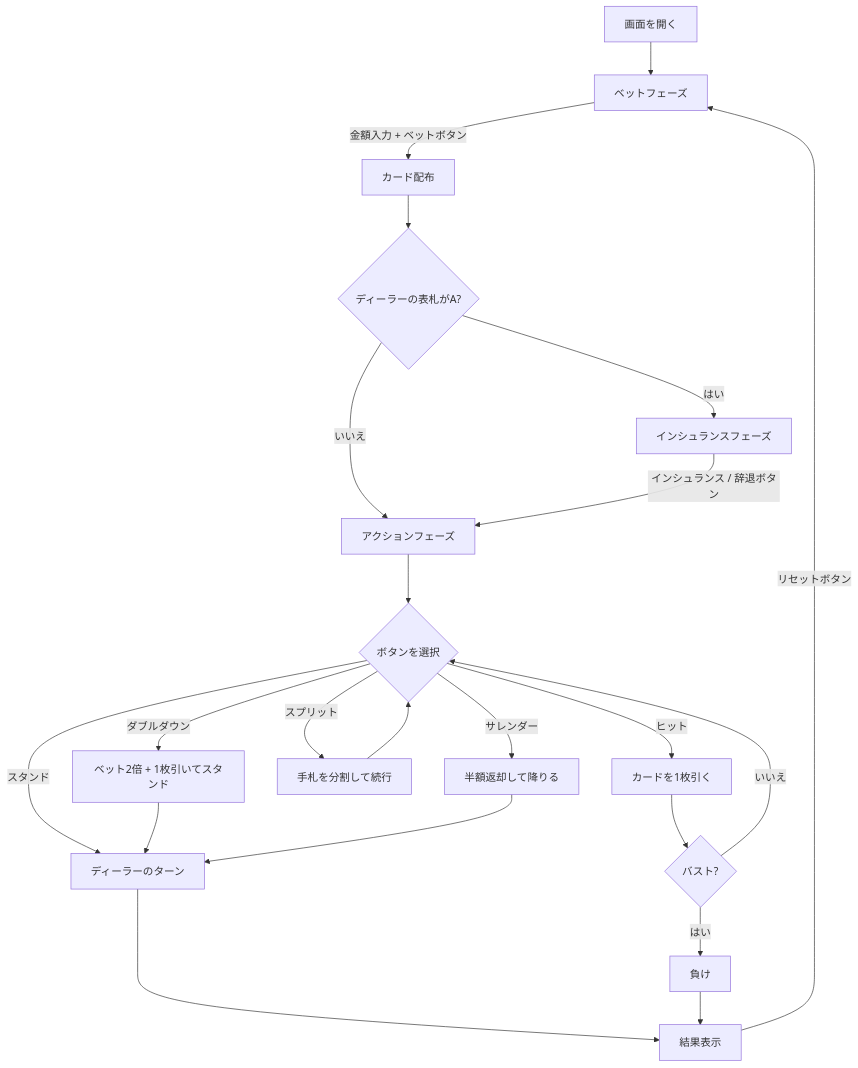
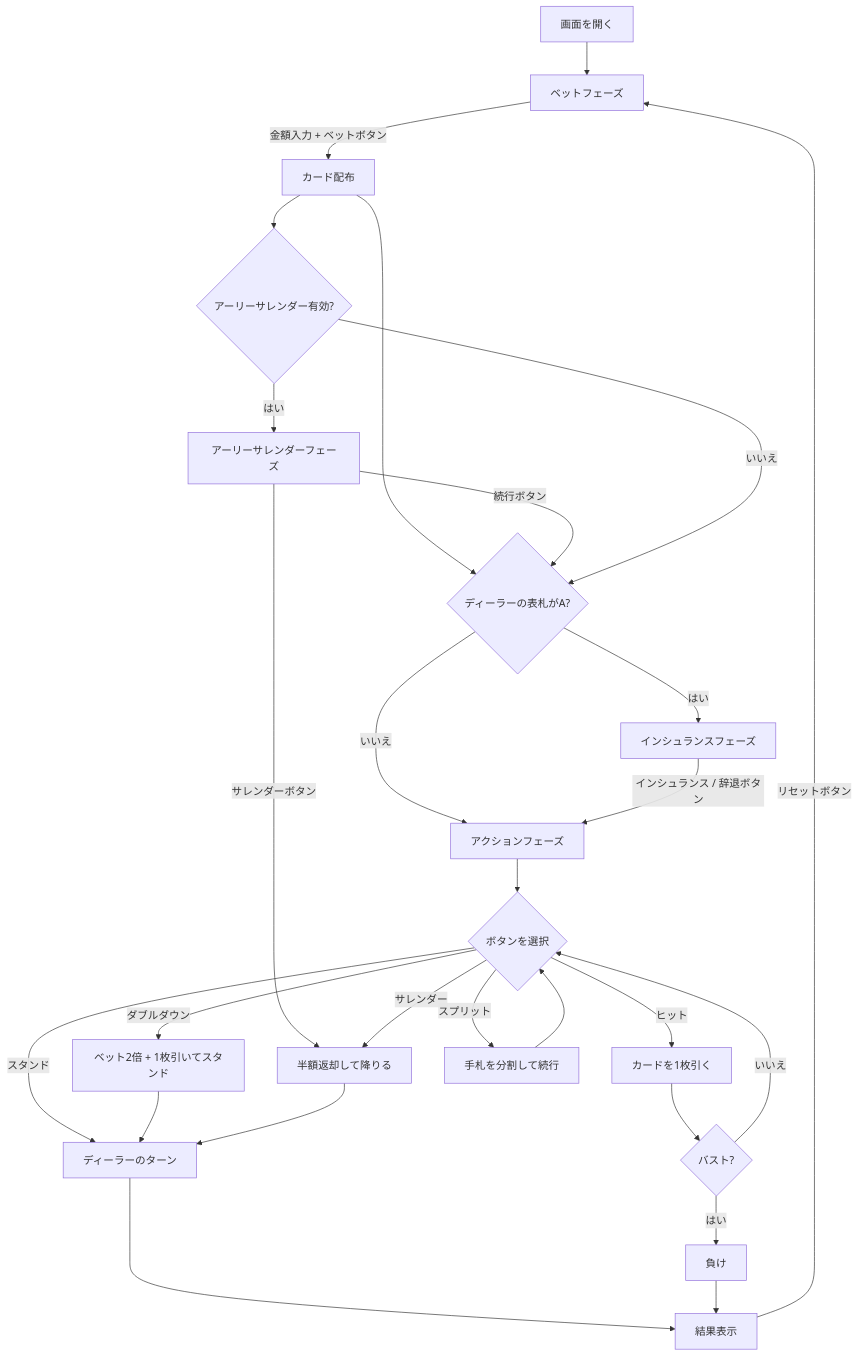
The diagram in docs/manual/web/blackjack.md (yuta-yoshinaga/go_trumpcards), drawn with Mermaid before and after one commit. The commit also changed other lines of this file and 34 other files, not shown here.

````diff
--- a/docs/manual/web/blackjack.md
+++ b/docs/manual/web/blackjack.md
@@ -42,24 +42,29 @@
 ```mermaid
 flowchart TD
     A[画面を開く] --> B[ベットフェーズ]
     B -->|金額入力 + ベットボタン| C[カード配布]
     C --> D{ディーラーの表札がA?}
     D -->|はい| E[インシュランスフェーズ]
     D -->|いいえ| F[アクションフェーズ]
+    C --> ES{アーリーサレンダー有効?}
+    ES -->|はい| ESF[アーリーサレンダーフェーズ]
+    ESF -->|サレンダーボタン| O
+    ESF -->|続行ボタン| D
+    ES -->|いいえ| D
     E -->|インシュランス / 辞退ボタン| F
     F --> G{ボタンを選択}
     G -->|ヒット| H[カードを1枚引く]
     H --> I{バスト?}
     I -->|はい| J[負け]
     I -->|いいえ| G
     G -->|スタンド| K[ディーラーのターン]
     G -->|ダブルダウン| L[ベット2倍 + 1枚引いてスタンド]
     L --> K
     G -->|スプリット| M[手札を分割して続行]
     M --> G
     G -->|サレンダー| O[半額返却して降りる]
     O --> K
     K --> N[結果表示]
     J --> N
     N -->|リセットボタン| B
 ```
````
